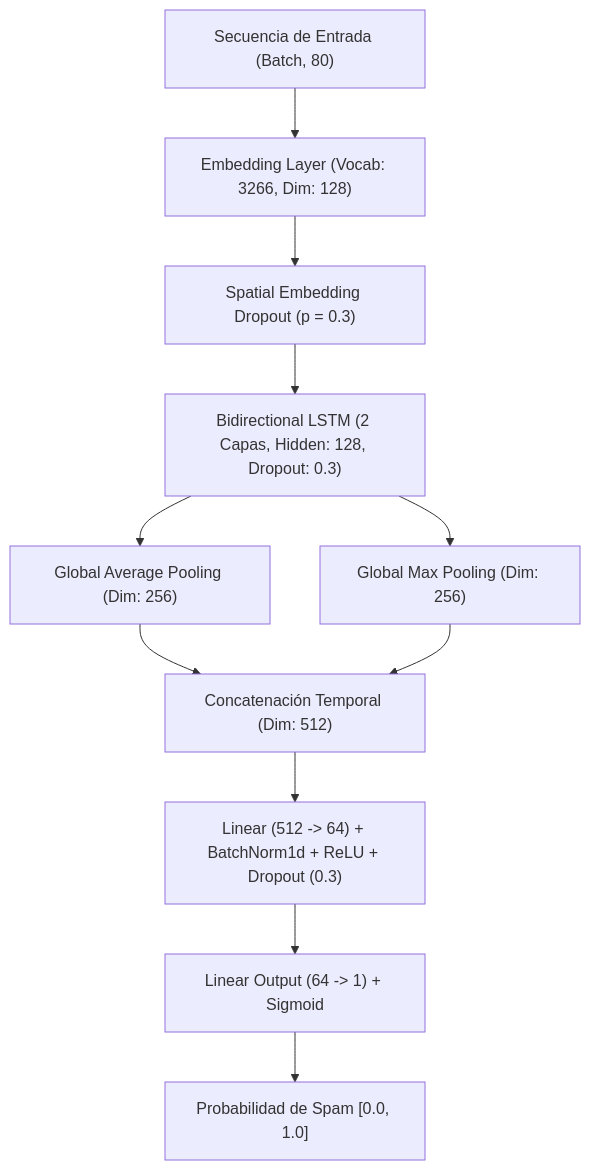
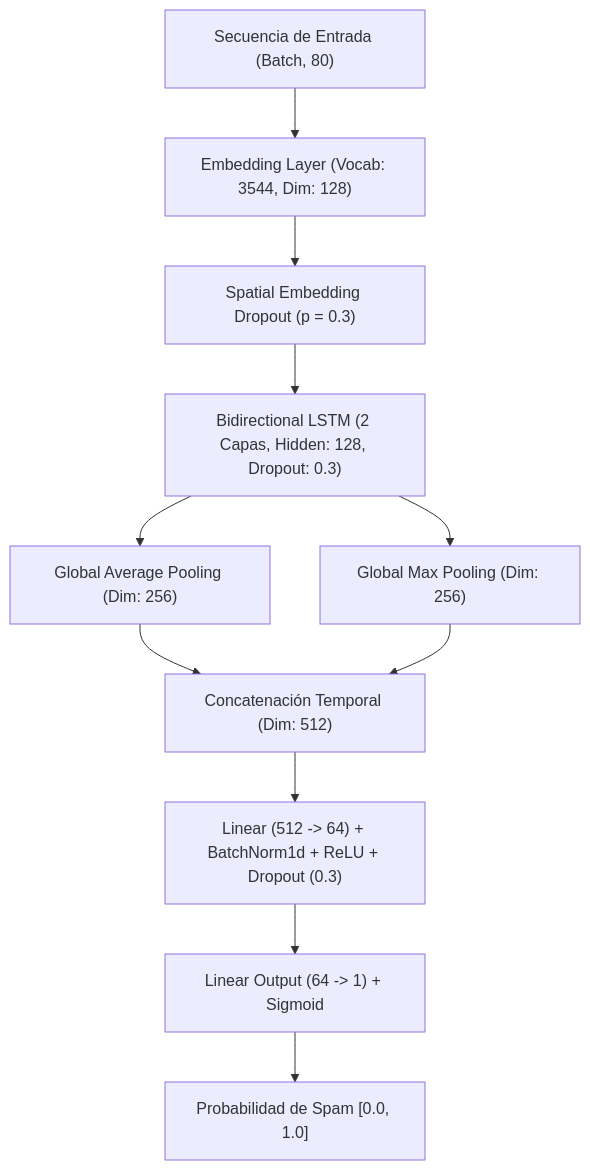
The diagram in README.md (andresbry2020/rnn), drawn with Mermaid before and after one commit. The commit also changed other lines of this file and 14 other files, not shown here.

````diff
--- a/README.md
+++ b/README.md
@@ -71,13 +71,13 @@
 ```mermaid
 flowchart TD
-    A["Secuencia de Entrada (Batch, 80)"] --> B["Embedding Layer (Vocab: 3266, Dim: 128)"]
+    A["Secuencia de Entrada (Batch, 80)"] --> B["Embedding Layer (Vocab: 3544, Dim: 128)"]
     B --> C["Spatial Embedding Dropout (p = 0.3)"]
     C --> D["Bidirectional LSTM (2 Capas, Hidden: 128, Dropout: 0.3)"]
     D --> E["Global Average Pooling (Dim: 256)"]
     D --> F["Global Max Pooling (Dim: 256)"]
     E --> G["Concatenación Temporal (Dim: 512)"]
     F --> G
     G --> H["Linear (512 -> 64) + BatchNorm1d + ReLU + Dropout (0.3)"]
     H --> I["Linear Output (64 -> 1) + Sigmoid"]
     I --> J["Probabilidad de Spam [0.0, 1.0]"]
 ```
````
